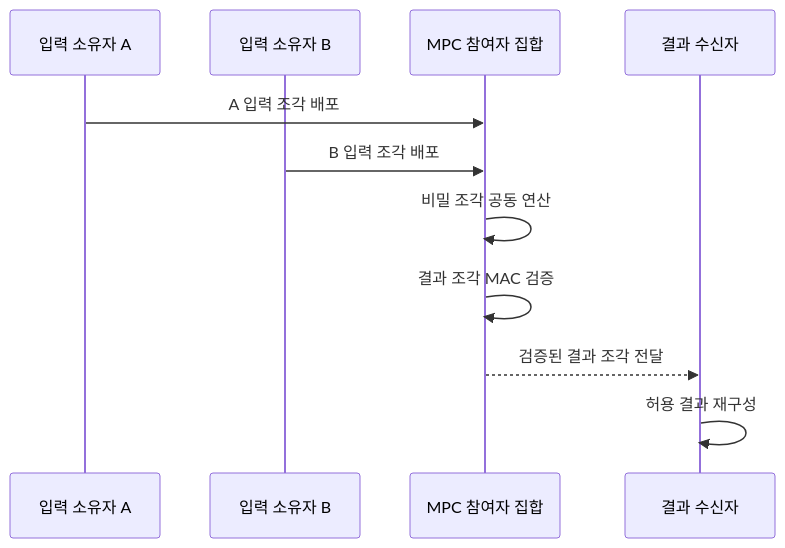
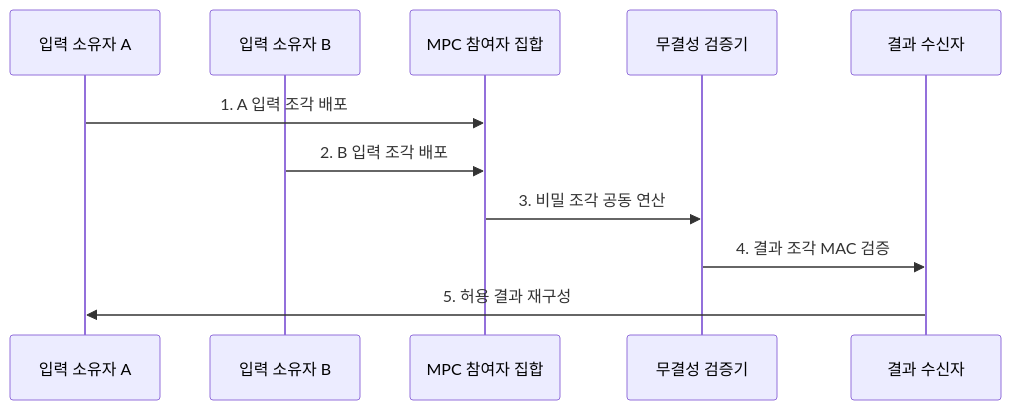
One commit to agnusdei1207/knowledge-base changed the second of 2 diagrams in src/content/docs/notes/05-security/017_secure_multi_party_computation.md. Above: the diagram before and after it, drawn with Mermaid. The commit also changed other lines of this file and 22 other files, not shown here.

````diff
--- a/src/content/docs/notes/05-security/017_secure_multi_party_computation.md
+++ b/src/content/docs/notes/05-security/017_secure_multi_party_computation.md
@@ -90,13 +89,13 @@
 ```mermaid
 sequenceDiagram
     participant A as 입력 소유자 A
     participant B as 입력 소유자 B
     participant M as MPC 참여자 집합
+    participant V as 무결성 검증기
     participant R as 결과 수신자
-    A->>M: A 입력 조각 배포
-    B->>M: B 입력 조각 배포
-    M->>M: 비밀 조각 공동 연산
-    M->>M: 결과 조각 MAC 검증
-    M-->>R: 검증된 결과 조각 전달
-    R->>R: 허용 결과 재구성
+    A->>M: 1. A 입력 조각 배포
+    B->>M: 2. B 입력 조각 배포
+    M->>V: 3. 비밀 조각 공동 연산
+    V->>R: 4. 결과 조각 MAC 검증
+    R->>A: 5. 허용 결과 재구성
 ```
````
